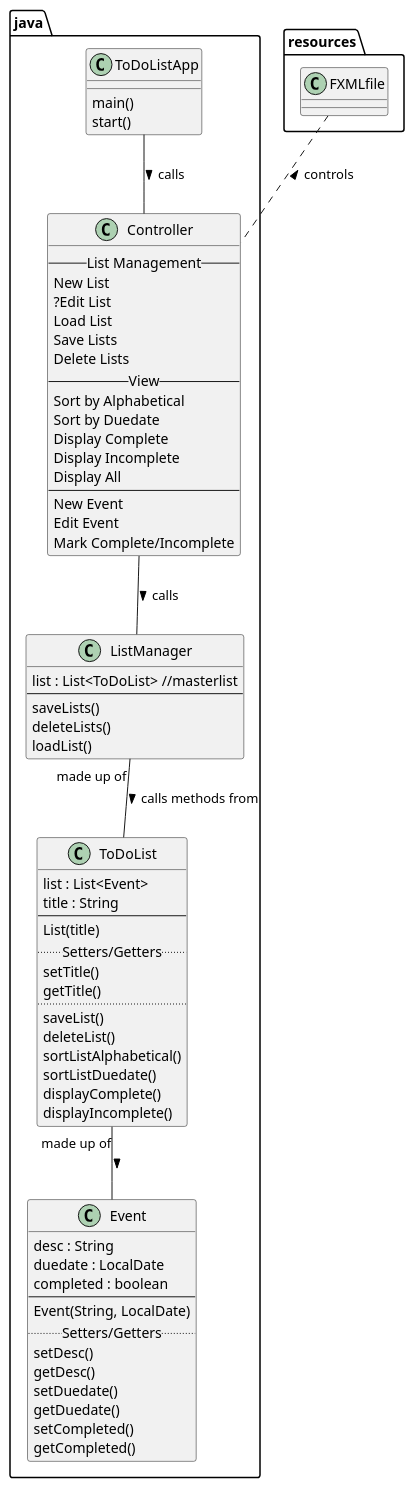
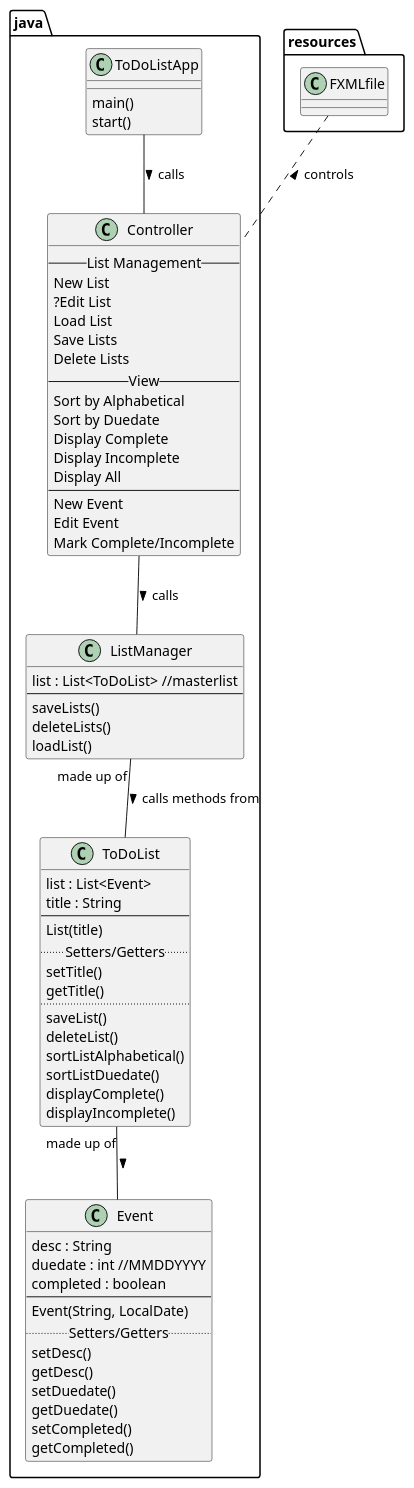
One commit to kiwibrie/juntunen-cop3330-assignment4part2 changed the diagram in uml/ListManager.puml. Above: the diagram before and after it, drawn with PlantUML. The commit also changed 4 other files, not shown here.

```diff
--- a/uml/ListManager.puml
+++ b/uml/ListManager.puml
@@ -1,76 +1,76 @@
 @startuml
 'https://plantuml.com/class-diagram
 
 class java.ListManager{
 list : List<ToDoList> //masterlist
 --
 saveLists()
 deleteLists()
 loadList()
 }
 
 class java.ToDoList {
 list : List<Event>
 title : String
 --
 List(title)
 ..Setters/Getters..
 setTitle()
 getTitle()
 ..
 saveList()
 deleteList()
 sortListAlphabetical()
 sortListDuedate()
 displayComplete()
 displayIncomplete()
 }
 
 class java.Event {
 desc : String
-duedate : LocalDate
+duedate : int //MMDDYYYY
 completed : boolean
 --
 Event(String, LocalDate)
 ..Setters/Getters..
 setDesc()
 getDesc()
 setDuedate()
 getDuedate()
 setCompleted()
 getCompleted()
 }
 
 java.ToDoList "made up of" -- java.Event : >
 java.ListManager "made up of" -- java.ToDoList : > calls methods from
 
 java.ToDoListApp -- java.Controller : > calls
 resources.FXMLfile .. java.Controller : < controls
 java.Controller -- java.ListManager : > calls
 
 
 class java.Controller{
 --List Management--
 New List
 ?Edit List
 Load List
 Save Lists
 Delete Lists
 --View--
 Sort by Alphabetical
 Sort by Duedate
 Display Complete
 Display Incomplete
 Display All
 --
 New Event
 Edit Event
 Mark Complete/Incomplete
 }
 
 class java.ToDoListApp{
 main()
 start()
 }
 
 @enduml
```
